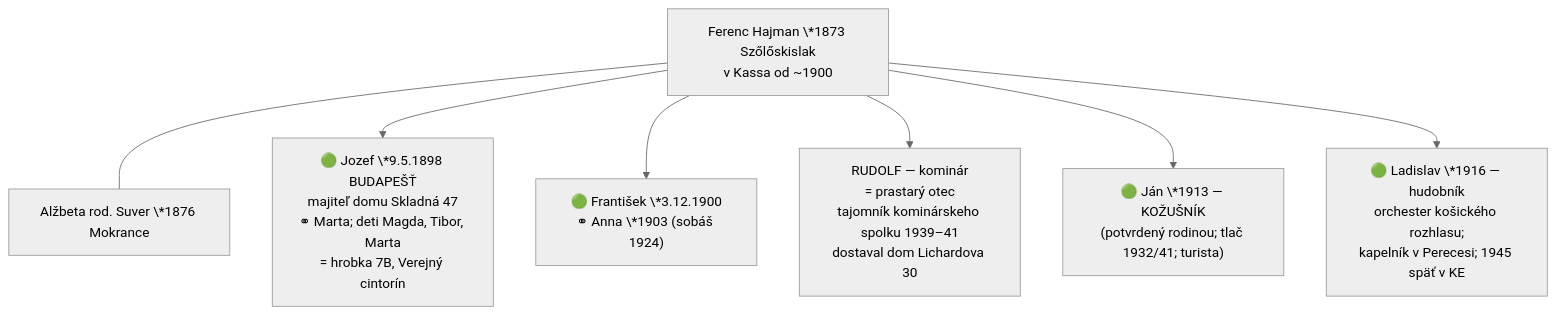
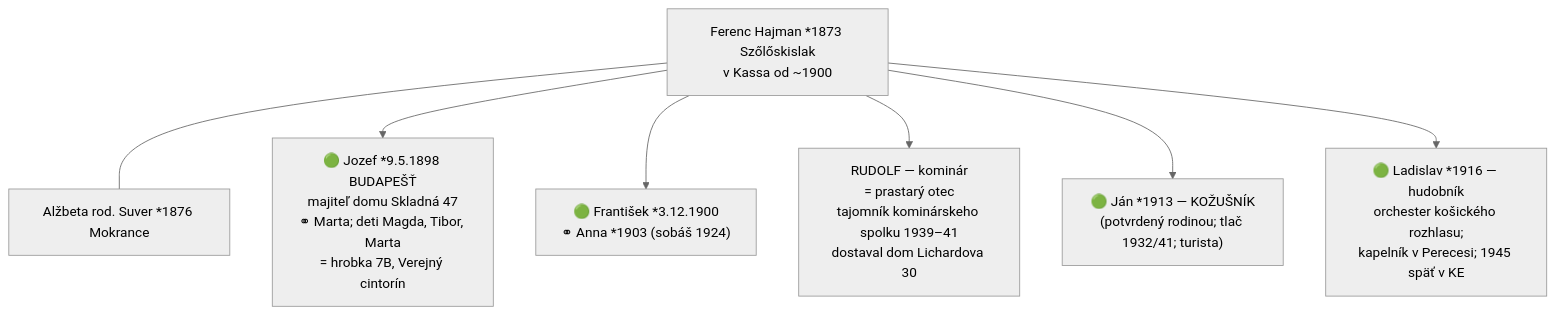
One commit to vrusi/genealogia changed the fifth of 6 diagrams in docs/rodokmen.md. Above: the diagram before and after it, drawn with Mermaid (neutral theme). The commit also changed other lines of this file, not shown here.

Commit message:
Web: mermaid stromy bez backslashov pred hviezdickami, Rudolf *1910

````diff
--- a/docs/rodokmen.md
+++ b/docs/rodokmen.md
@@ -165,9 +165,9 @@
 ```mermaid
 graph TD
-  FH["Ferenc Hajman \*1873 Szőlőskislak<br>v Kassa od ~1900"] --- ASch["Alžbeta rod. Suver \*1876 Mokrance"]
-  FH --> J98["🟢 Jozef \*9.5.1898 BUDAPEŠŤ<br>majiteľ domu Skladná 47<br>⚭ Marta; deti Magda, Tibor, Marta<br>= hrobka 7B, Verejný cintorín"]
-  FH --> F00["🟢 František \*3.12.1900<br>⚭ Anna \*1903 (sobáš 1924)"]
+  FH["Ferenc Hajman *1873 Szőlőskislak<br>v Kassa od ~1900"] --- ASch["Alžbeta rod. Suver *1876 Mokrance"]
+  FH --> J98["🟢 Jozef *9.5.1898 BUDAPEŠŤ<br>majiteľ domu Skladná 47<br>⚭ Marta; deti Magda, Tibor, Marta<br>= hrobka 7B, Verejný cintorín"]
+  FH --> F00["🟢 František *3.12.1900<br>⚭ Anna *1903 (sobáš 1924)"]
   FH --> RH2["RUDOLF — kominár<br>= prastarý otec<br>tajomník kominárskeho spolku 1939–41<br>dostaval dom Lichardova 30"]
-  FH --> J13["🟢 Ján \*1913 — KOŽUŠNÍK<br>(potvrdený rodinou; tlač 1932/41; turista)"]
-  FH --> L16["🟢 Ladislav \*1916 — hudobník<br>orchester košického rozhlasu;<br>kapelník v Perecesi; 1945 späť v KE"]
+  FH --> J13["🟢 Ján *1913 — KOŽUŠNÍK<br>(potvrdený rodinou; tlač 1932/41; turista)"]
+  FH --> L16["🟢 Ladislav *1916 — hudobník<br>orchester košického rozhlasu;<br>kapelník v Perecesi; 1945 späť v KE"]
 ```
````
